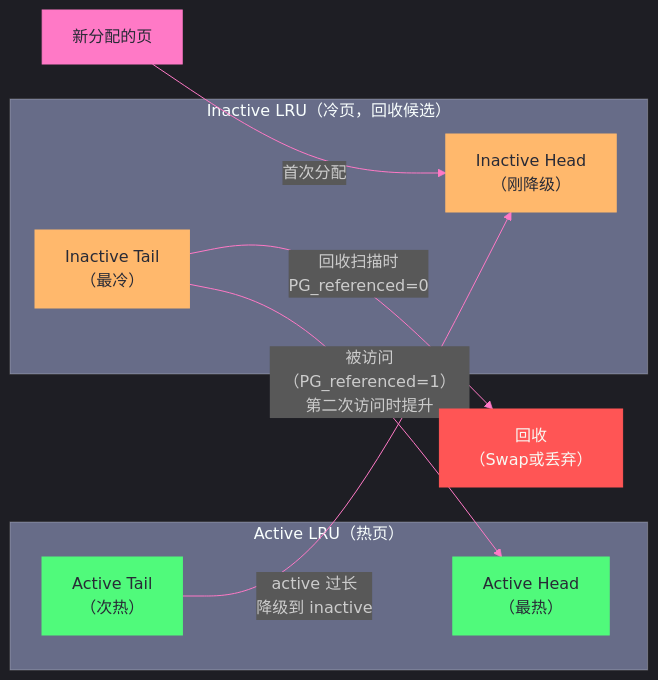
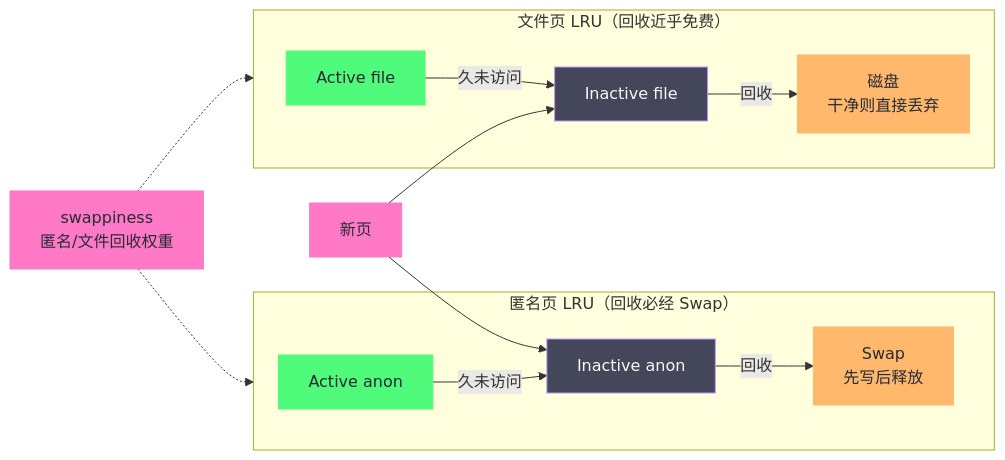
The first of 2 diagrams in content/Linux/内存管理/05 内存回收：kswapd、LRU与直接回收的博弈.md (hpliStartAgain/my-brain), drawn with Mermaid before and after one commit. The commit also changed other lines of this file and 47 other files, not shown here.

````diff
--- a/content/Linux/内存管理/05 内存回收：kswapd、LRU与直接回收的博弈.md
+++ b/content/Linux/内存管理/05 内存回收：kswapd、LRU与直接回收的博弈.md
@@ -169,32 +135,25 @@
 ```mermaid
-%%{init: {'theme': 'dark', 'themeVariables': {'primaryColor': '#6272a4', 'primaryTextColor': '#f8f8f2', 'primaryBorderColor': '#bd93f9', 'lineColor': '#ff79c6', 'background': '#282a36', 'mainBkg': '#44475a'}}}%%
-graph LR
-    NA["新分配的页"]
-    
-    subgraph AL ["Active LRU（热页）"]
-        AH["Active Head</br>（最热）"]
-        AT["Active Tail</br>（次热）"]
+%%{init: {'theme': 'dracula'}}%%
+flowchart LR
+    subgraph FA ["文件页 LRU（回收近乎免费）"]
+        FA1["Active file"] -->|"久未访问"| FA2["Inactive file"]
+        FA2 -->|"回收"| DISK1["磁盘<br/>干净则直接丢弃"]
     end
-    
-    subgraph IL ["Inactive LRU（冷页，回收候选）"]
-        IH["Inactive Head</br>（刚降级）"]
-        IT["Inactive Tail</br>（最冷）"]
+    subgraph AA ["匿名页 LRU（回收必经 Swap）"]
+        AA1["Active anon"] -->|"久未访问"| AA2["Inactive anon"]
+        AA2 -->|"回收"| SW["Swap<br/>先写后释放"]
     end
-    
-    RECLAIM["回收</br>（Swap或丢弃）"]
+    SWAPPY["swappiness<br/>匿名/文件回收权重"] -.-> FA
+    SWAPPY -.-> AA
+    NEW["新页"] --> FA2
+    NEW --> AA2
 
-    NA -->|"首次分配"| IH
-    IT -->|"被访问（PG_referenced=1）</br>第二次访问时提升"| AH
-    AT -->|"active 过长</br>降级到 inactive"| IH
-    IT -->|"回收扫描时</br>PG_referenced=0"| RECLAIM
-
-    classDef new fill:#ff79c6,stroke:#ff79c6,color:#282a36
-    classDef active fill:#50fa7b,stroke:#50fa7b,color:#282a36
-    classDef inactive fill:#ffb86c,stroke:#ffb86c,color:#282a36
-    classDef reclaim fill:#ff5555,stroke:#ff5555,color:#f8f8f2
-
-    class NA new
-    class AH,AT active
-    class IH,IT inactive
-    class RECLAIM reclaim
+    classDef act fill:#50fa7b,stroke:#50fa7b,color:#282a36
+    classDef inact fill:#44475a,stroke:#bd93f9,color:#f8f8f2
+    classDef out fill:#ffb86c,stroke:#ffb86c,color:#282a36
+    classDef knob fill:#ff79c6,stroke:#ff79c6,color:#282a36
+    class FA1,AA1 act
+    class FA2,AA2 inact
+    class DISK1,SW out
+    class SWAPPY,NEW knob
 ```
````
